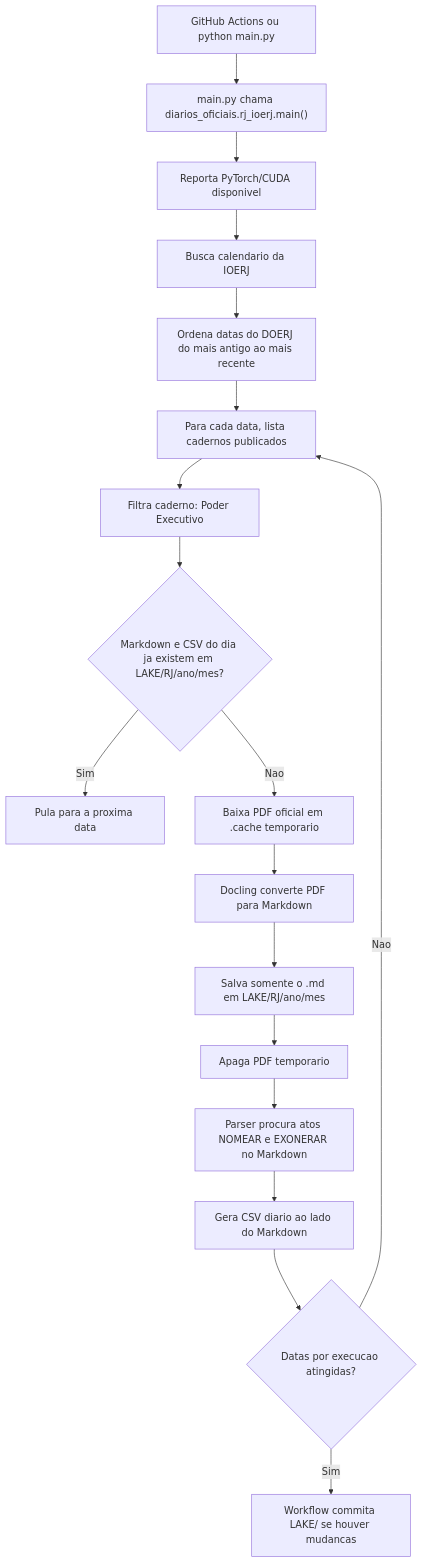
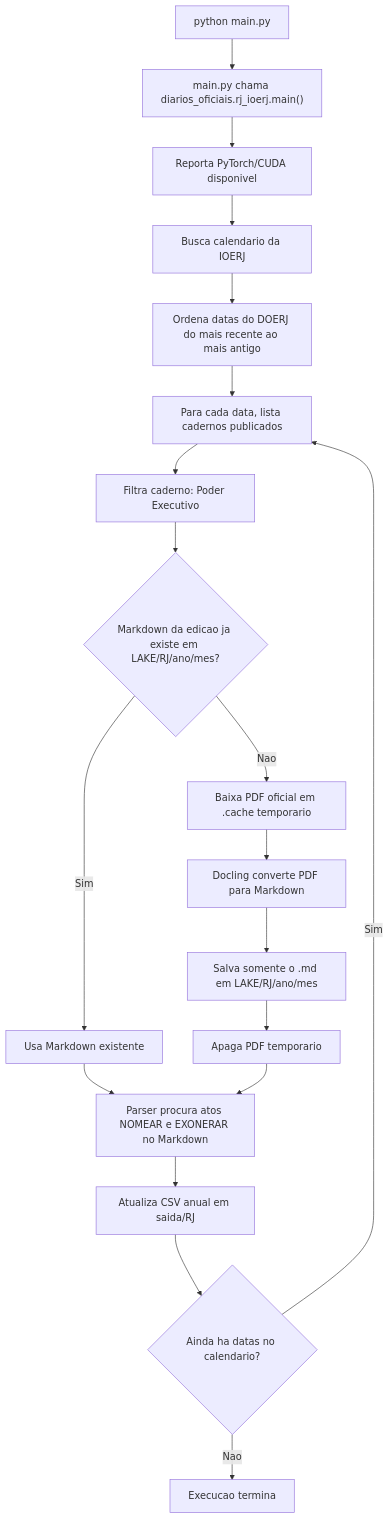
Before and after one commit to 0rakul0/exoneracoes_nomeacoes_dou: the diagram in README.md, drawn with Mermaid. The commit also changed other lines of this file and 5 other files, not shown here.

````diff
--- a/README.md
+++ b/README.md
@@ -64,20 +68,21 @@
 ```mermaid
 flowchart TD
-    A["GitHub Actions ou python main.py"] --> B["main.py chama diarios_oficiais.rj_ioerj.main()"]
+    A["python main.py"] --> B["main.py chama diarios_oficiais.rj_ioerj.main()"]
     B --> C["Reporta PyTorch/CUDA disponivel"]
     C --> D["Busca calendario da IOERJ"]
-    D --> E["Ordena datas do DOERJ do mais antigo ao mais recente"]
+    D --> E["Ordena datas do DOERJ do mais recente ao mais antigo"]
     E --> F["Para cada data, lista cadernos publicados"]
     F --> G["Filtra caderno: Poder Executivo"]
-    G --> H{"Markdown e CSV do dia ja existem em LAKE/RJ/ano/mes?"}
-    H -- "Sim" --> I["Pula para a proxima data"]
+    G --> H{"Markdown da edicao ja existe em LAKE/RJ/ano/mes?"}
+    H -- "Sim" --> I["Usa Markdown existente"]
     H -- "Nao" --> J["Baixa PDF oficial em .cache temporario"]
     J --> K["Docling converte PDF para Markdown"]
     K --> L["Salva somente o .md em LAKE/RJ/ano/mes"]
     L --> M["Apaga PDF temporario"]
-    M --> N["Parser procura atos NOMEAR e EXONERAR no Markdown"]
-    N --> O["Gera CSV diario ao lado do Markdown"]
-    O --> P{"Datas por execucao atingidas?"}
-    P -- "Nao" --> F
-    P -- "Sim" --> Q["Workflow commita LAKE/ se houver mudancas"]
+    I --> N["Parser procura atos NOMEAR e EXONERAR no Markdown"]
+    M --> N
+    N --> O["Atualiza CSV anual em saida/RJ"]
+    O --> P{"Ainda ha datas no calendario?"}
+    P -- "Sim" --> F
+    P -- "Nao" --> Q["Execucao termina"]
 ```
````
